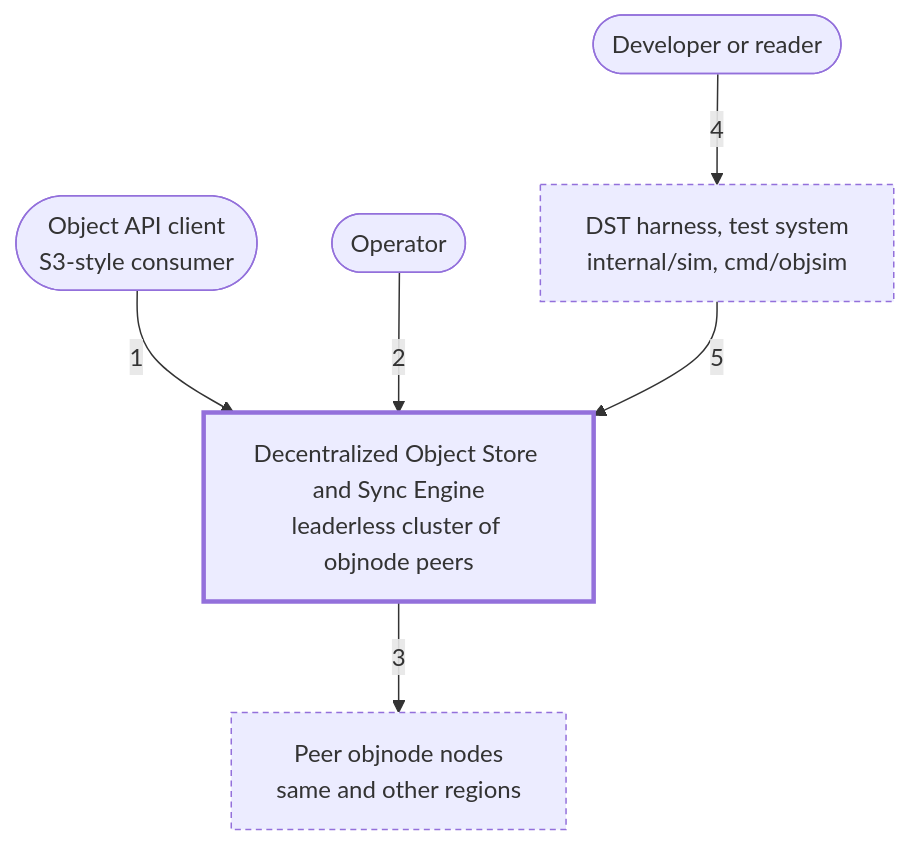
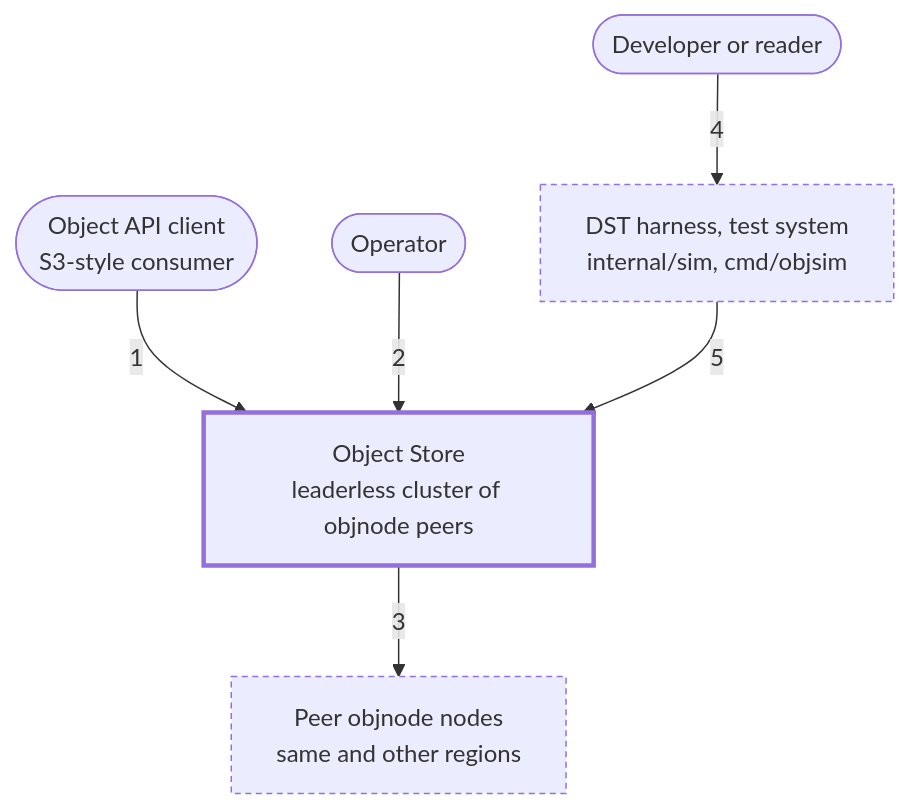
One commit to nickstrad/decentralized-object-store changed the diagram in docs/c4/01-system-context.md. Above: the diagram before and after it, drawn with Mermaid. The commit also changed other lines of this file and 3 other files, not shown here.

First line of the commit message:
c4, book: name the system Object Store

````diff
--- a/docs/c4/01-system-context.md
+++ b/docs/c4/01-system-context.md
@@ -7,18 +7,18 @@
 ```mermaid
 flowchart TB
   CLIENT(["Object API client<br/>S3-style consumer"])
   OPER(["Operator"])
   DEV(["Developer or reader"])
-  STORE["Decentralized Object Store and Sync Engine<br/>leaderless cluster of objnode peers"]
+  STORE["Object Store<br/>leaderless cluster of objnode peers"]
   PEERS["Peer objnode nodes<br/>same and other regions"]
   DST["DST harness, test system<br/>internal/sim, cmd/objsim"]
   CLIENT -->|1| STORE
   OPER -->|2| STORE
   STORE -->|3| PEERS
   DEV -->|4| DST
   DST -->|5| STORE
   classDef focus stroke-width:3px
   classDef ext stroke-dasharray:4 3
   class STORE focus
   class PEERS,DST ext
 ```
````
